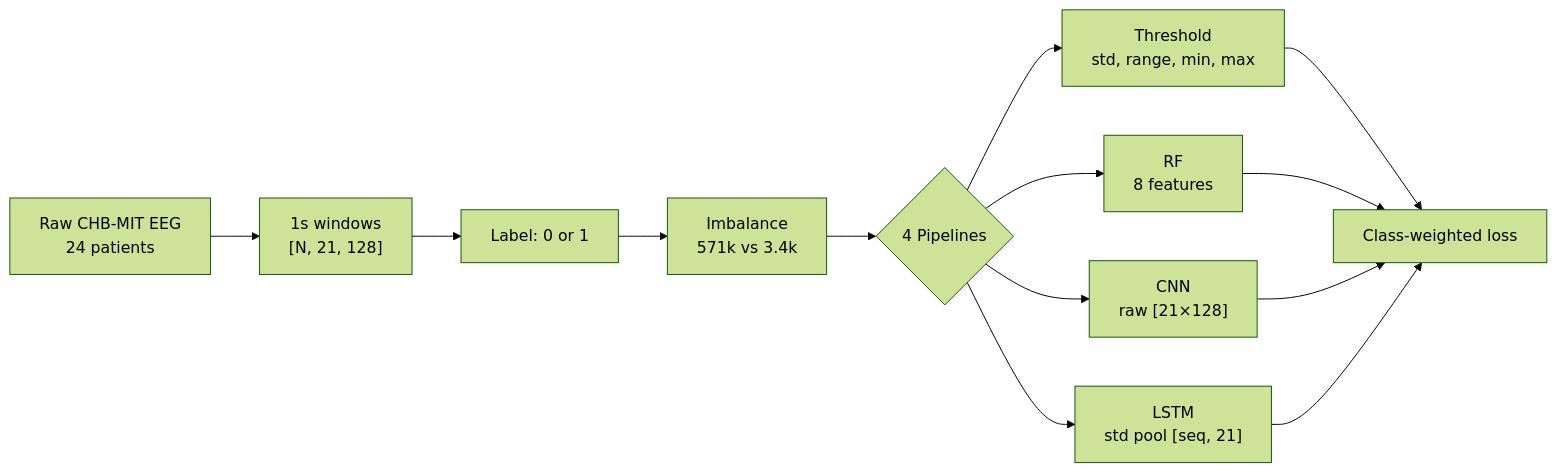
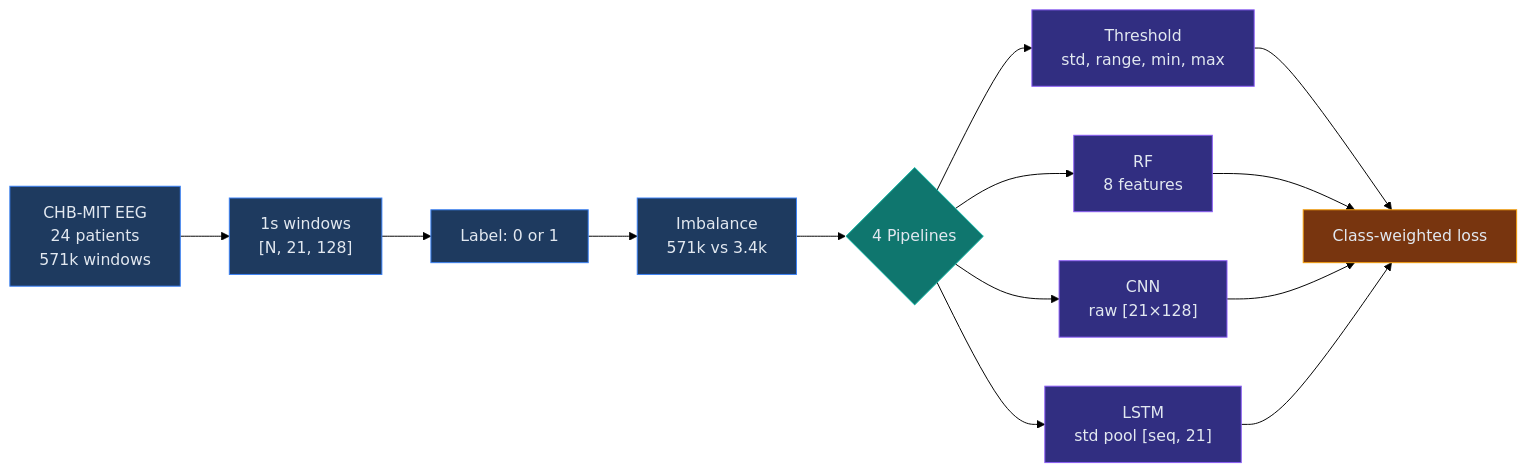
The diagram in mermaid/data_flow.mmd (RICSE-donnenfeld/DEEPL-brainshake), drawn with Mermaid (forest theme) before and after one commit. The commit also changed 18 other files, not shown here.

```diff
--- a/mermaid/data_flow.mmd
+++ b/mermaid/data_flow.mmd
@@ -1,14 +1,25 @@
 %% Data preprocessing flow — horizontal
 flowchart LR
-    raw["Raw CHB-MIT EEG<br/>24 patients"] --> window["1s windows<br/>[N, 21, 128]"]
+    data["CHB-MIT EEG<br/>24 patients<br/>571k windows"] --> window["1s windows<br/>[N, 21, 128]"]
     window --> label["Label: 0 or 1"]
     label --> imbalance["Imbalance<br/>571k vs 3.4k"]
     imbalance --> pipelines{"4 Pipelines"}
     pipelines --> thr_path["Threshold<br/>std, range, min, max"]
     pipelines --> rf_path["RF<br/>8 features"]
     pipelines --> cnn_path["CNN<br/>raw [21×128]"]
     pipelines --> lstm_path["LSTM<br/>std pool [seq, 21]"]
     thr_path --> weight["Class-weighted loss"]
     rf_path --> weight
     cnn_path --> weight
     lstm_path --> weight
+
+    style data fill:#1e3a5f,stroke:#3b82f6,color:#e2e8f0
+    style window fill:#1e3a5f,stroke:#3b82f6,color:#e2e8f0
+    style label fill:#1e3a5f,stroke:#3b82f6,color:#e2e8f0
+    style imbalance fill:#1e3a5f,stroke:#3b82f6,color:#e2e8f0
+    style pipelines fill:#0f766e,stroke:#14b8a6,color:#e2e8f0
+    style thr_path fill:#312e81,stroke:#8b5cf6,color:#e2e8f0
+    style rf_path fill:#312e81,stroke:#8b5cf6,color:#e2e8f0
+    style cnn_path fill:#312e81,stroke:#8b5cf6,color:#e2e8f0
+    style lstm_path fill:#312e81,stroke:#8b5cf6,color:#e2e8f0
+    style weight fill:#78350f,stroke:#f59e0b,color:#e2e8f0
```
